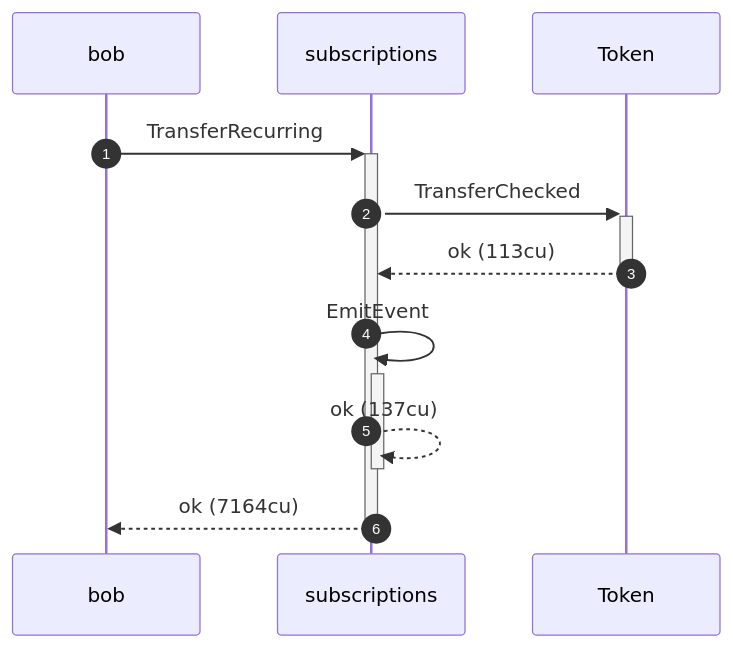
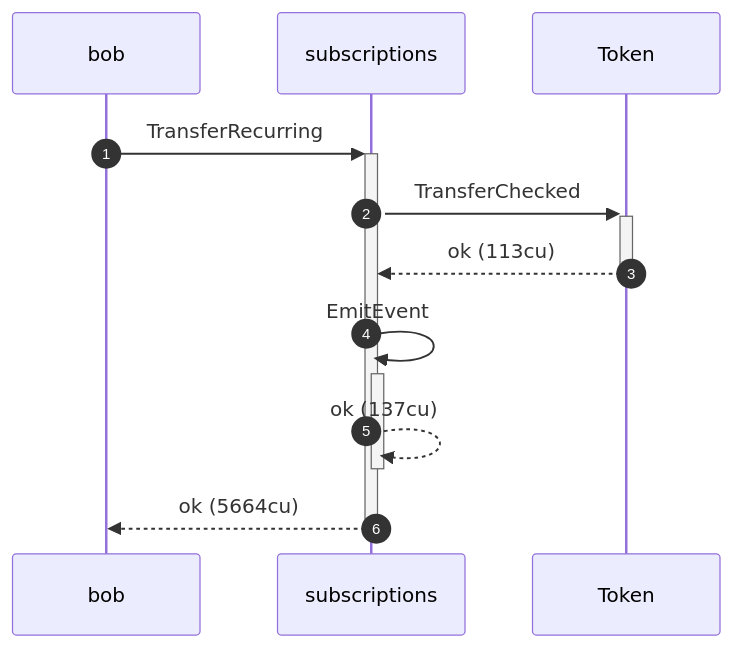
One commit to cds-rs/subscriptions changed the tenth of 12 diagrams in dsl_tests/sentinel-start-begins-at-landing.md. Above: the diagram before and after it, drawn with Mermaid. The commit also changed other lines of this file and 224 other files, not shown here.

````diff
--- a/dsl_tests/sentinel-start-begins-at-landing.md
+++ b/dsl_tests/sentinel-start-begins-at-landing.md
@@ -202,13 +211,13 @@
 ```mermaid
 sequenceDiagram
     autonumber
     participant bob
     participant subscriptions
     participant Token
     bob ->>+ subscriptions: TransferRecurring
     subscriptions ->>+ Token: TransferChecked
     Token -->>- subscriptions: ok (113cu)
     subscriptions ->>+ subscriptions: EmitEvent
     subscriptions -->>- subscriptions: ok (137cu)
-    subscriptions -->>- bob: ok (7164cu)
+    subscriptions -->>- bob: ok (5664cu)
 ```
````
